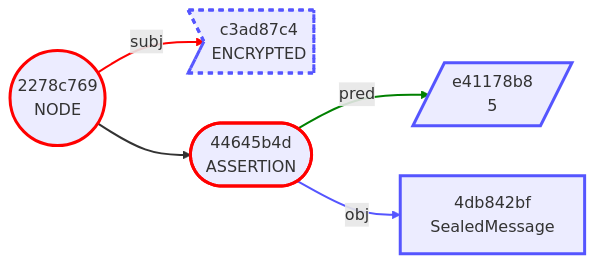
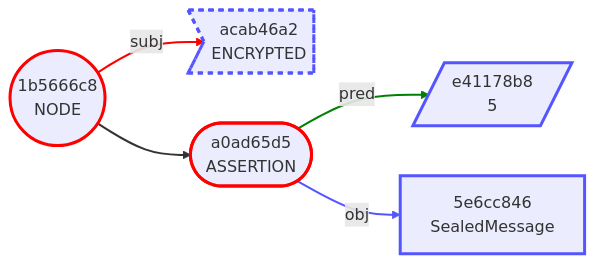
One commit to BlockchainCommons/Gordian changed the seventh of 9 diagrams in Envelope/Use-Cases/Healthcare.md. Above: the diagram before and after it, drawn with Mermaid. The commit also changed other lines of this file and 2 other files, not shown here.

````diff
--- a/Envelope/Use-Cases/Healthcare.md
+++ b/Envelope/Use-Cases/Healthcare.md
@@ -825,21 +829,21 @@
 ```mermaid
 graph LR
-    1(("2278c769<br/>NODE"))
-    2>"c3ad87c4<br/>ENCRYPTED"]
-    3(["44645b4d<br/>ASSERTION"])
+    1(("1b5666c8<br/>NODE"))
+    2>"acab46a2<br/>ENCRYPTED"]
+    3(["a0ad65d5<br/>ASSERTION"])
     4[/"e41178b8<br/>5"/]
-    5["4db842bf<br/>SealedMessage"]
+    5["5e6cc846<br/>SealedMessage"]
     1 -->|subj| 2
     1 --> 3
     3 -->|pred| 4
     3 -->|obj| 5
     style 1 stroke:red,stroke-width:3.0px
     style 2 stroke:#55f,stroke-width:3.0px,stroke-dasharray:5.0 5.0
     style 3 stroke:red,stroke-width:3.0px
     style 4 stroke:#55f,stroke-width:3.0px
     style 5 stroke:#55f,stroke-width:3.0px
     linkStyle 0 stroke:red,stroke-width:2.0px
     linkStyle 1 stroke-width:2.0px
     linkStyle 2 stroke:green,stroke-width:2.0px
     linkStyle 3 stroke:#55f,stroke-width:2.0px
 ```
````
